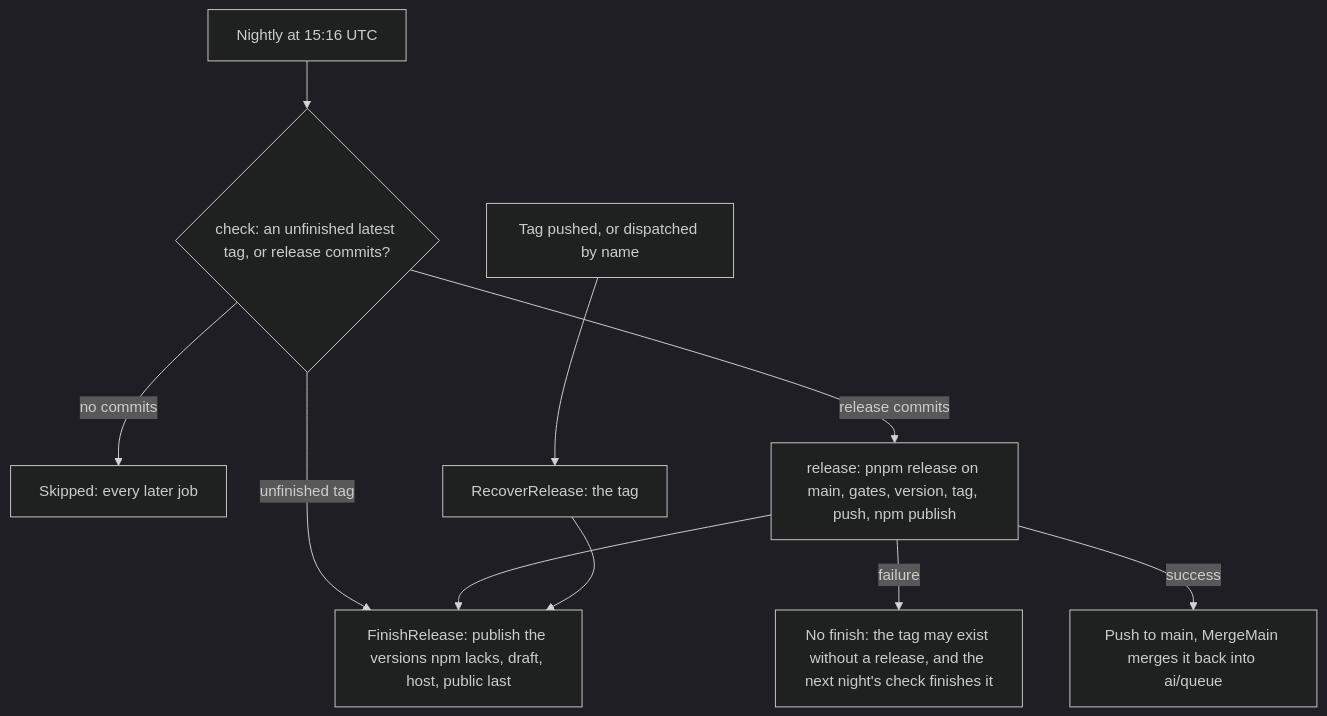
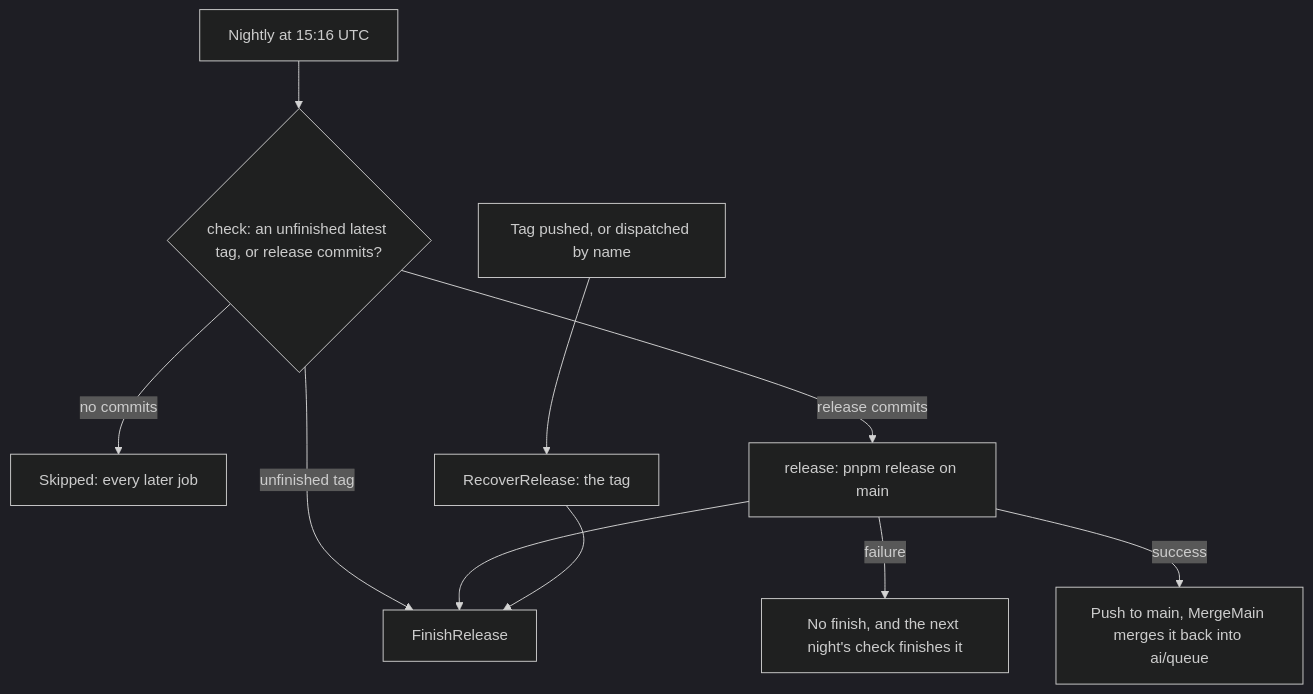
Before and after one commit to Esposter/Esposter: the diagram in openspec/specs/architecture/release-flow/design.md, drawn with Mermaid (dark theme). The commit also changed other lines of this file and 5 other files, not shown here.

````diff
--- a/openspec/specs/architecture/release-flow/design.md
+++ b/openspec/specs/architecture/release-flow/design.md
@@ -7,13 +7,13 @@
 ```mermaid
 flowchart TD
   Night[Nightly at 15:16 UTC] --> Check{check: an unfinished latest tag, or release commits?}
   Check -- unfinished tag --> Finish
   Check -- no commits --> Skip[Skipped: every later job]
-  Check -- release commits --> Release[release: pnpm release on main, gates, version, tag, push, npm publish]
-  Release -- failure --> Held[No finish: the tag may exist without a release, and the next night's check finishes it]
+  Check -- release commits --> Release[release: pnpm release on main]
+  Release -- failure --> Held[No finish, and the next night's check finishes it]
   Release -- success --> Main[Push to main, MergeMain merges it back into ai/queue]
   Release --> Finish
   Push[Tag pushed, or dispatched by name] --> Recover[RecoverRelease: the tag]
   Recover --> Finish
-  Finish[FinishRelease: publish the versions npm lacks, draft, host, public last]
+  Finish[FinishRelease]
 ```
````
